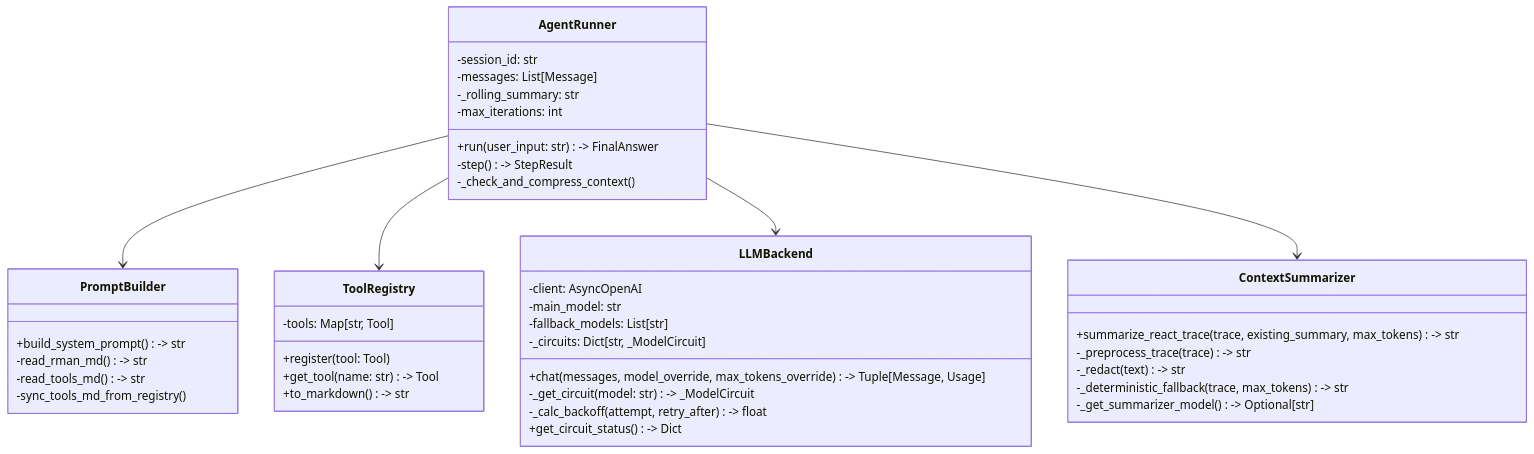
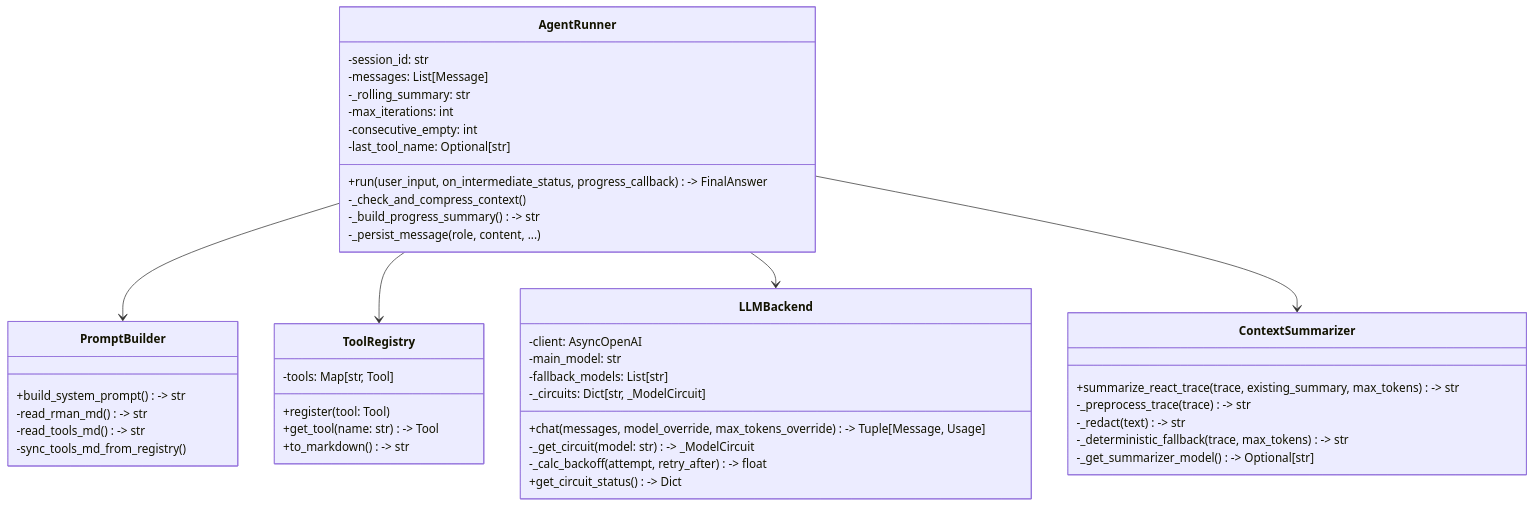
The first of 4 diagrams in docs/design/core-agent/DETAILED_DESIGN.md (zx2015/r_man), drawn with Mermaid before and after one commit. The commit also changed other lines of this file and 4 other files, not shown here.

````diff
--- a/docs/design/core-agent/DETAILED_DESIGN.md
+++ b/docs/design/core-agent/DETAILED_DESIGN.md
@@ -14,50 +15,53 @@
 ```mermaid
 classDiagram
     class AgentRunner {
         -session_id: str
         -messages: List[Message]
         -_rolling_summary: str
         -max_iterations: int
-        +run(user_input: str) -> FinalAnswer
-        -step() -> StepResult
+        -consecutive_empty: int
+        -last_tool_name: Optional[str]
+        +run(user_input, on_intermediate_status, progress_callback) -> FinalAnswer
         -_check_and_compress_context()
+        -_build_progress_summary() -> str
+        -_persist_message(role, content, ...)
     }
 
     class PromptBuilder {
         +build_system_prompt() -> str
         -read_rman_md() -> str
         -read_tools_md() -> str
         -sync_tools_md_from_registry()
     }
 
     class ToolRegistry {
         -tools: Map[str, Tool]
         +register(tool: Tool)
         +get_tool(name: str) -> Tool
         +to_markdown() -> str
     }
 
     class LLMBackend {
         -client: AsyncOpenAI
         -main_model: str
         -fallback_models: List[str]
         -_circuits: Dict[str, _ModelCircuit]
         +chat(messages, model_override, max_tokens_override) -> Tuple[Message, Usage]
         -_get_circuit(model: str) -> _ModelCircuit
         -_calc_backoff(attempt, retry_after) -> float
         +get_circuit_status() -> Dict
     }
 
     class ContextSummarizer {
         +summarize_react_trace(trace, existing_summary, max_tokens) -> str
         -_preprocess_trace(trace) -> str
         -_redact(text) -> str
         -_deterministic_fallback(trace, max_tokens) -> str
         -_get_summarizer_model() -> Optional[str]
     }
 
     AgentRunner --> PromptBuilder
     AgentRunner --> ToolRegistry
     AgentRunner --> LLMBackend
     AgentRunner --> ContextSummarizer
 ```
````
